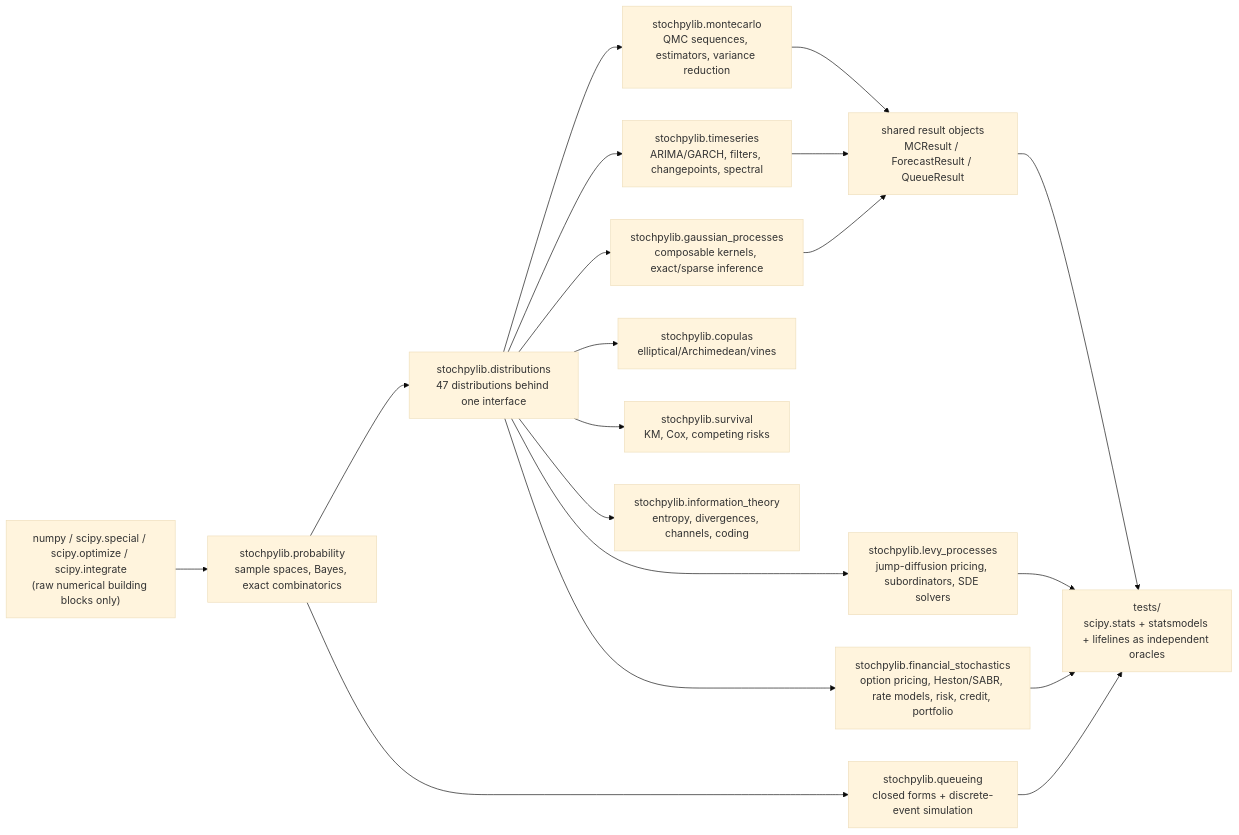
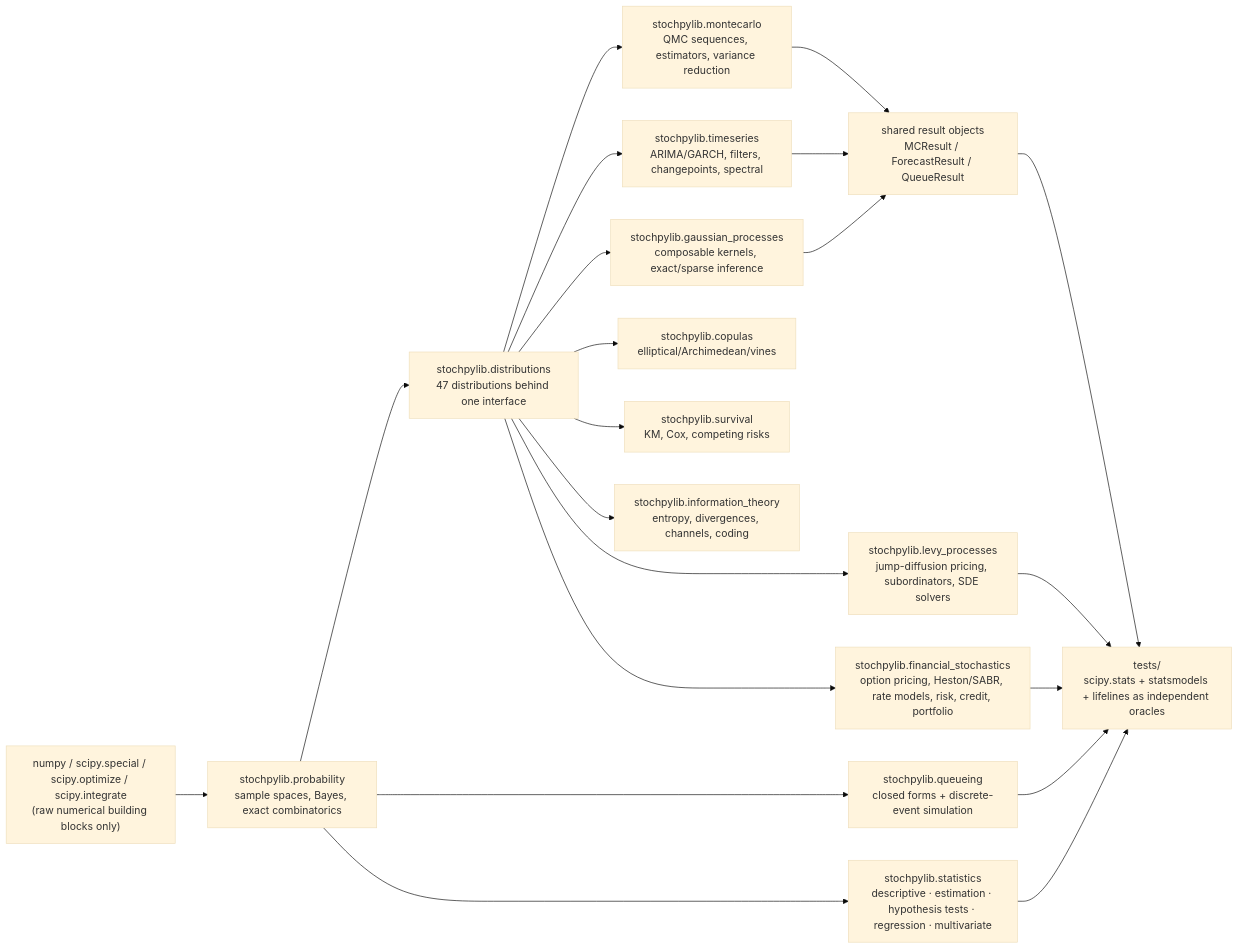
The first of 2 diagrams in README.md (leon1706-lol/Stochpylib), drawn with Mermaid (base theme) before and after one commit. The commit also changed other lines of this file and 34 other files, not shown here.

````diff
--- a/README.md
+++ b/README.md
@@ -201,21 +207,23 @@
 ```mermaid
 flowchart LR
     A["numpy / scipy.special / scipy.optimize / scipy.integrate<br/>(raw numerical building blocks only)"] --> B["stochpylib.probability<br/>sample spaces, Bayes, exact combinatorics"]
     B --> C["stochpylib.distributions<br/>47 distributions behind one interface"]
     C --> D["stochpylib.montecarlo<br/>QMC sequences, estimators, variance reduction"]
     C --> E["stochpylib.timeseries<br/>ARIMA/GARCH, filters, changepoints, spectral"]
     C --> F["stochpylib.gaussian_processes<br/>composable kernels, exact/sparse inference"]
     C --> G["stochpylib.copulas<br/>elliptical/Archimedean/vines"]
     C --> H["stochpylib.survival<br/>KM, Cox, competing risks"]
     B --> I["stochpylib.queueing<br/>closed forms + discrete-event simulation"]
     C --> J["stochpylib.information_theory<br/>entropy, divergences, channels, coding"]
     C --> M["stochpylib.levy_processes<br/>jump-diffusion pricing, subordinators, SDE solvers"]
     C --> N["stochpylib.financial_stochastics<br/>option pricing, Heston/SABR, rate models, risk, credit, portfolio"]
+    B --> O["stochpylib.statistics<br/>descriptive · estimation · hypothesis tests · regression · multivariate"]
     D --> K["shared result objects<br/>MCResult / ForecastResult / QueueResult"]
     E --> K
     F --> K
     K --> L["tests/<br/>scipy.stats + statsmodels + lifelines as independent oracles"]
     I --> L
     M --> L
     N --> L
+    O --> L
 ```
````
